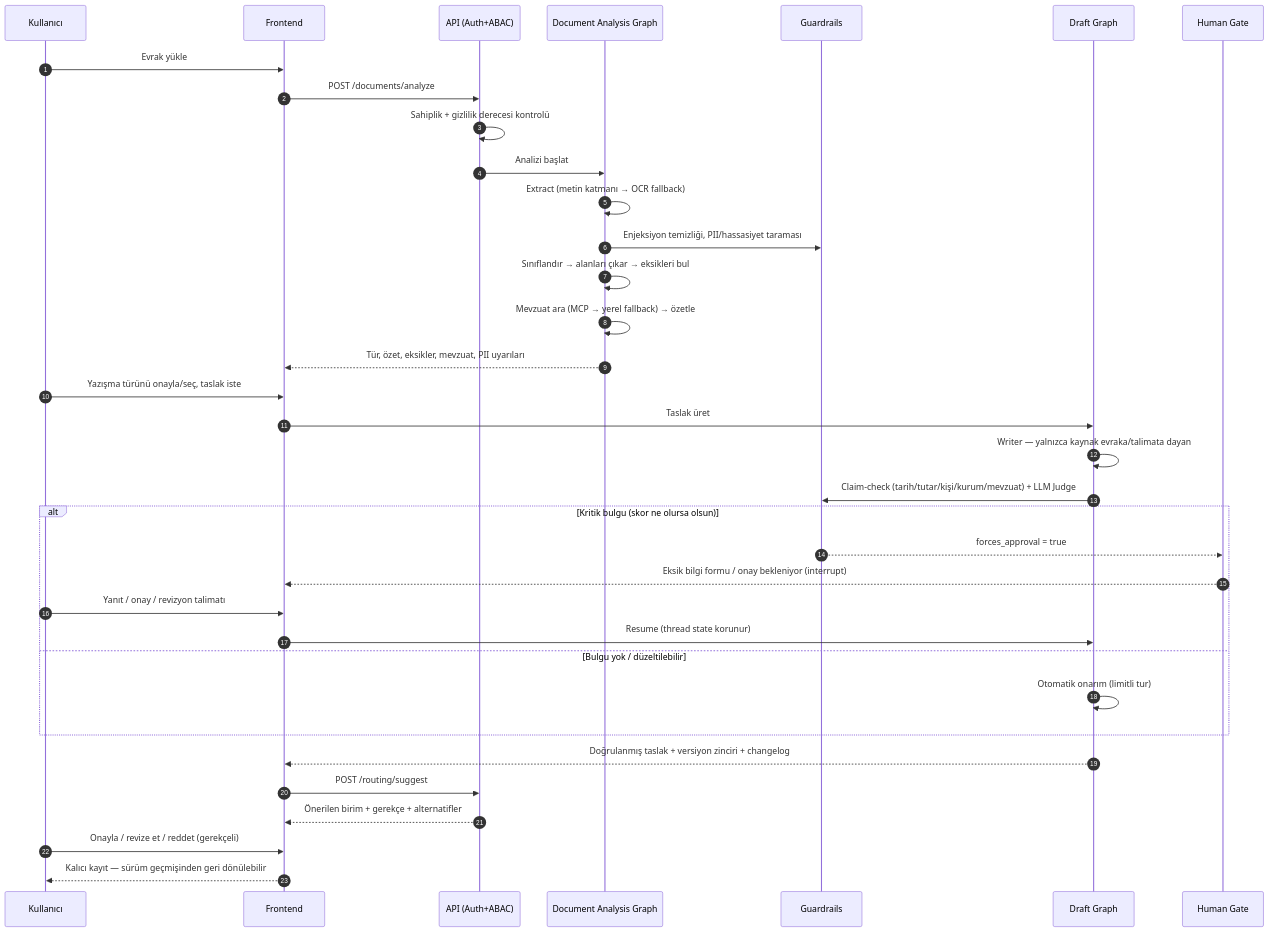
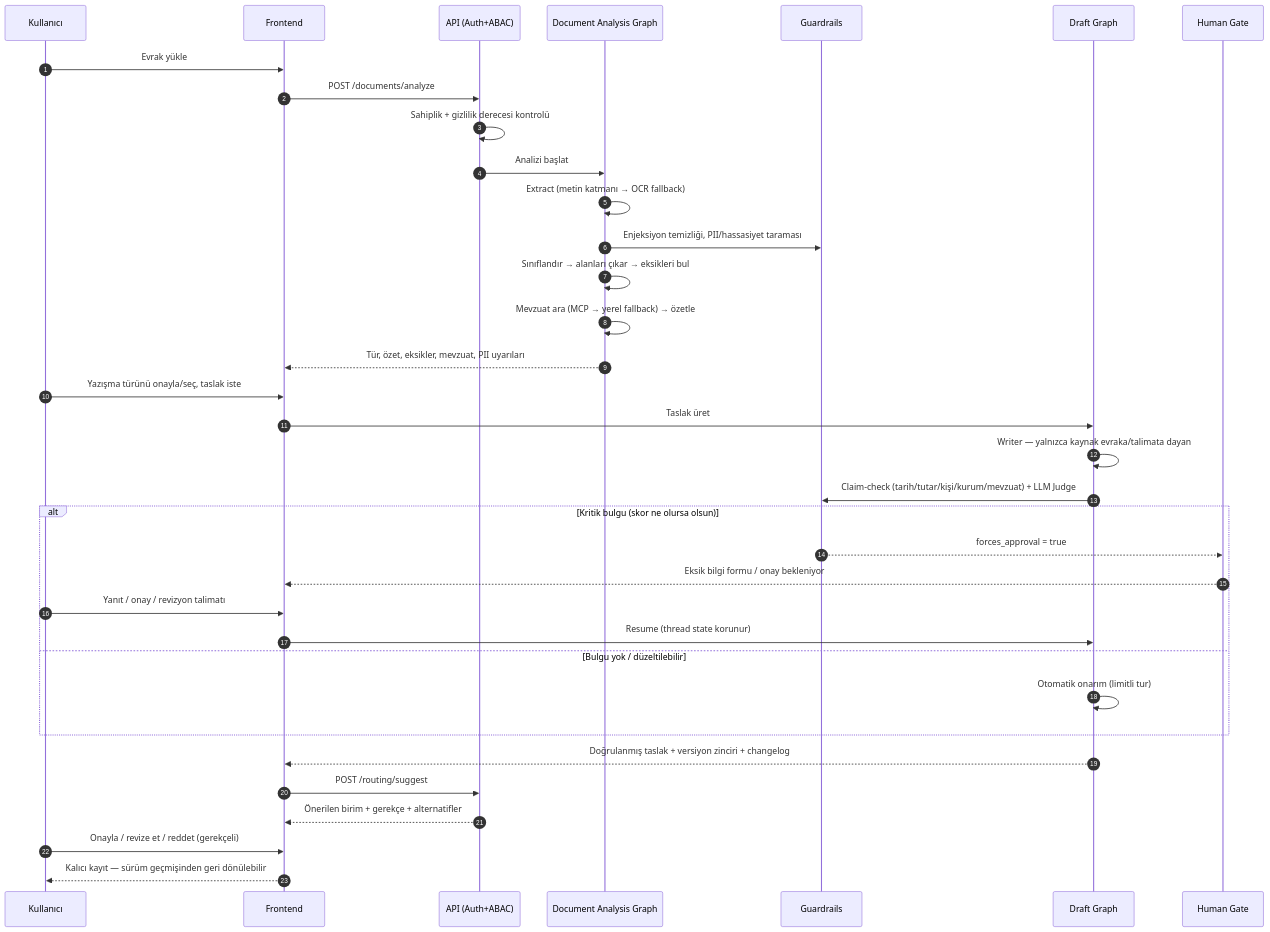
Before and after one commit to chyp3r/KACHOW-Teknofest-2026: the fourth of 12 diagrams in README.md, drawn with Mermaid. The commit also changed other lines of this file, not shown here.

````diff
--- a/README.md
+++ b/README.md
@@ -268,40 +298,40 @@
 ```mermaid
 sequenceDiagram
     autonumber
     participant U as Kullanıcı
     participant F as Frontend
     participant A as API (Auth+ABAC)
     participant DA as Document Analysis Graph
     participant G as Guardrails
     participant D as Draft Graph
     participant H as Human Gate
 
     U->>F: Evrak yükle
     F->>A: POST /documents/analyze
     A->>A: Sahiplik + gizlilik derecesi kontrolü
     A->>DA: Analizi başlat
     DA->>DA: Extract (metin katmanı → OCR fallback)
     DA->>G: Enjeksiyon temizliği, PII/hassasiyet taraması
     DA->>DA: Sınıflandır → alanları çıkar → eksikleri bul
     DA->>DA: Mevzuat ara (MCP → yerel fallback) → özetle
     DA-->>F: Tür, özet, eksikler, mevzuat, PII uyarıları
 
     U->>F: Yazışma türünü onayla/seç, taslak iste
     F->>D: Taslak üret
     D->>D: Writer — yalnızca kaynak evraka/talimata dayan
     D->>G: Claim-check (tarih/tutar/kişi/kurum/mevzuat) + LLM Judge
     alt Kritik bulgu (skor ne olursa olsun)
         G-->>H: forces_approval = true
-        H-->>F: Eksik bilgi formu / onay bekleniyor (interrupt)
+        H-->>F: Eksik bilgi formu / onay bekleniyor
         U->>F: Yanıt / onay / revizyon talimatı
         F->>D: Resume (thread state korunur)
     else Bulgu yok / düzeltilebilir
         D->>D: Otomatik onarım (limitli tur)
     end
     D-->>F: Doğrulanmış taslak + versiyon zinciri + changelog
 
     F->>A: POST /routing/suggest
     A-->>F: Önerilen birim + gerekçe + alternatifler
     U->>F: Onayla / revize et / reddet (gerekçeli)
     F-->>U: Kalıcı kayıt — sürüm geçmişinden geri dönülebilir
 ```
````
